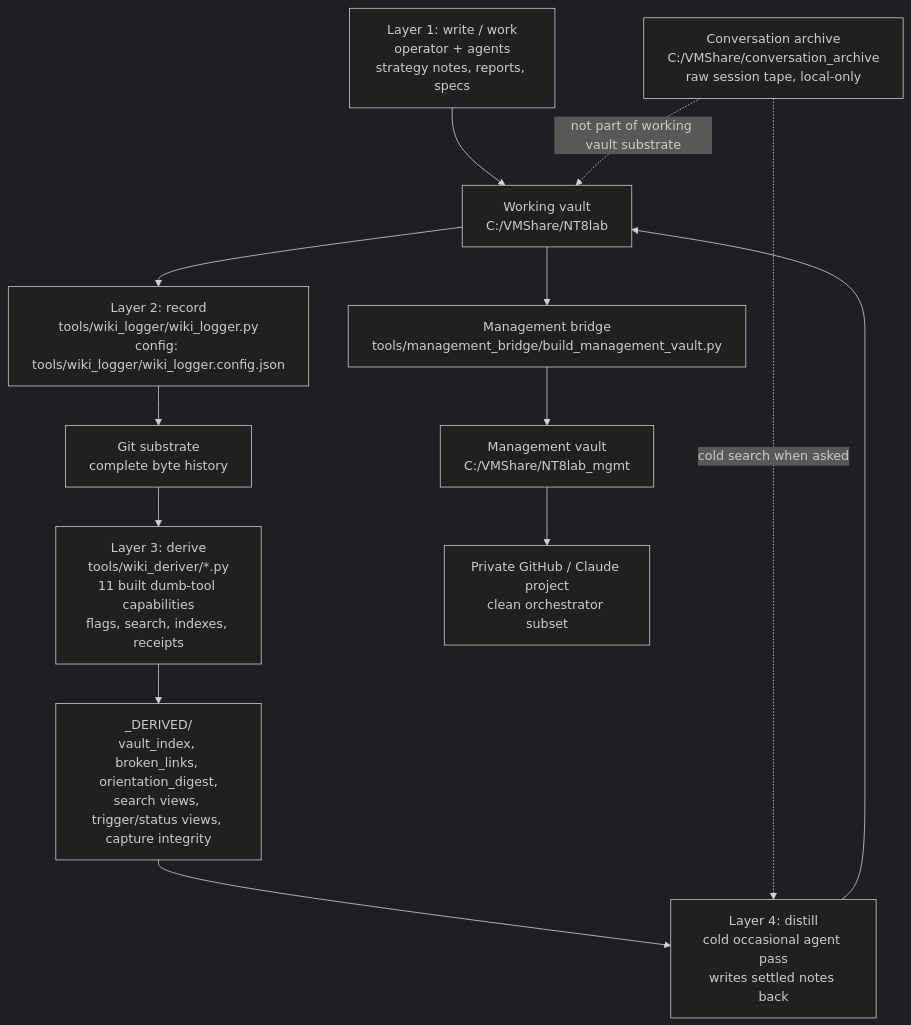
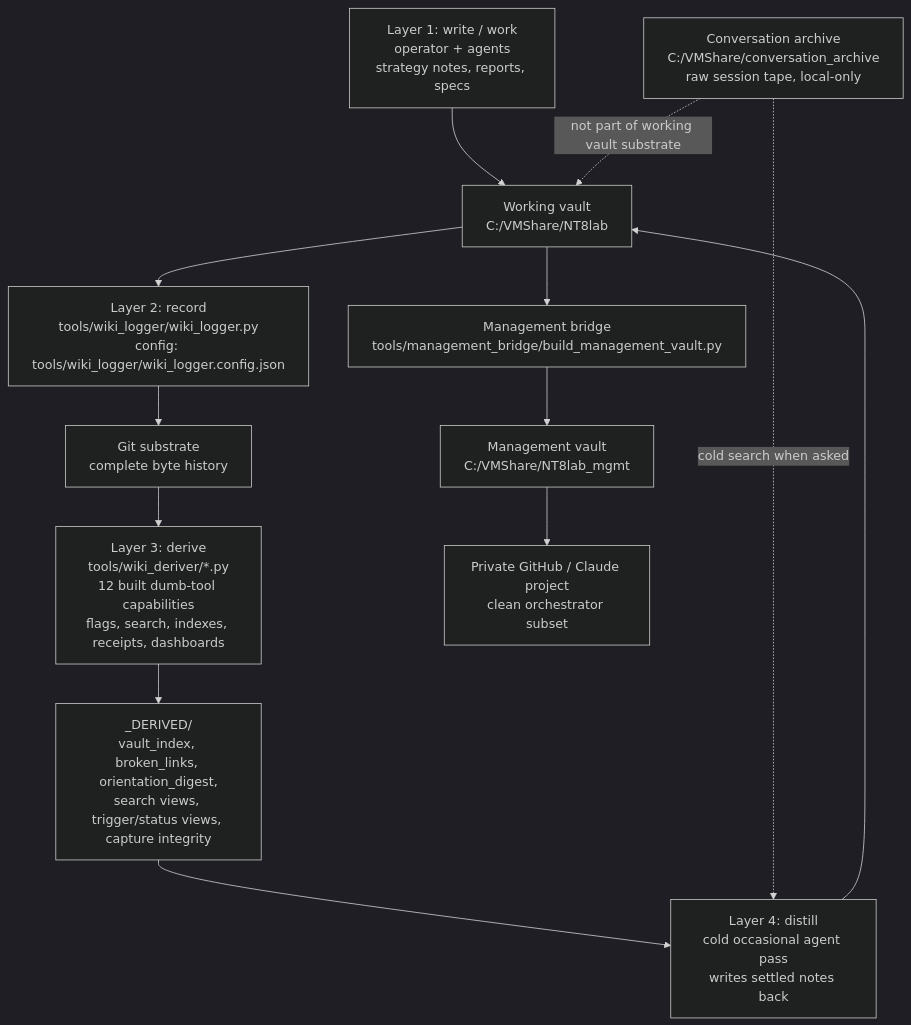
Before and after one commit to Wiki-Mediators/wiki-mediators-mgmt: the first of 2 diagrams in _FRAMEWORK/wiki_architecture_flow.md, drawn with Mermaid (dark theme). The commit also changed other lines of this file and 2 other files, not shown here.

````diff
--- a/_FRAMEWORK/wiki_architecture_flow.md
+++ b/_FRAMEWORK/wiki_architecture_flow.md
@@ -33,17 +33,17 @@
 ```mermaid
 flowchart TD
     L1["Layer 1: write / work<br/>operator + agents<br/>strategy notes, reports, specs"] --> WV["Working vault<br/>C:/VMShare/NT8lab"]
     WV --> L2["Layer 2: record<br/>tools/wiki_logger/wiki_logger.py<br/>config: tools/wiki_logger/wiki_logger.config.json"]
     L2 --> GIT["Git substrate<br/>complete byte history"]
-    GIT --> L3["Layer 3: derive<br/>tools/wiki_deriver/*.py<br/>11 built dumb-tool capabilities<br/>flags, search, indexes, receipts"]
+    GIT --> L3["Layer 3: derive<br/>tools/wiki_deriver/*.py<br/>12 built dumb-tool capabilities<br/>flags, search, indexes, receipts, dashboards"]
     L3 --> DER["_DERIVED/<br/>vault_index, broken_links, orientation_digest,<br/>search views, trigger/status views, capture integrity"]
     DER --> L4["Layer 4: distill<br/>cold occasional agent pass<br/>writes settled notes back"]
     L4 --> WV
 
     WV --> BR["Management bridge<br/>tools/management_bridge/build_management_vault.py"]
     BR --> MV["Management vault<br/>C:/VMShare/NT8lab_mgmt"]
     MV --> GH["Private GitHub / Claude project<br/>clean orchestrator subset"]
 
     CA["Conversation archive<br/>C:/VMShare/conversation_archive<br/>raw session tape, local-only"] -. "cold search when asked" .-> L4
     CA -. "not part of working vault substrate" .-> WV
 ```
````
